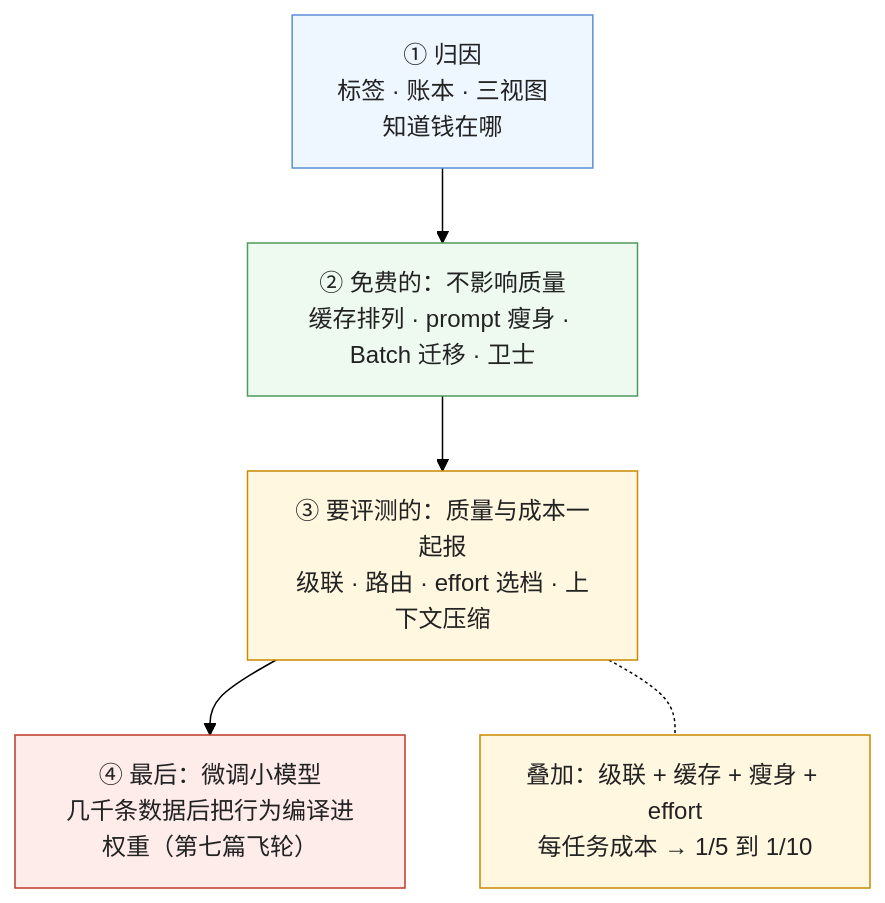
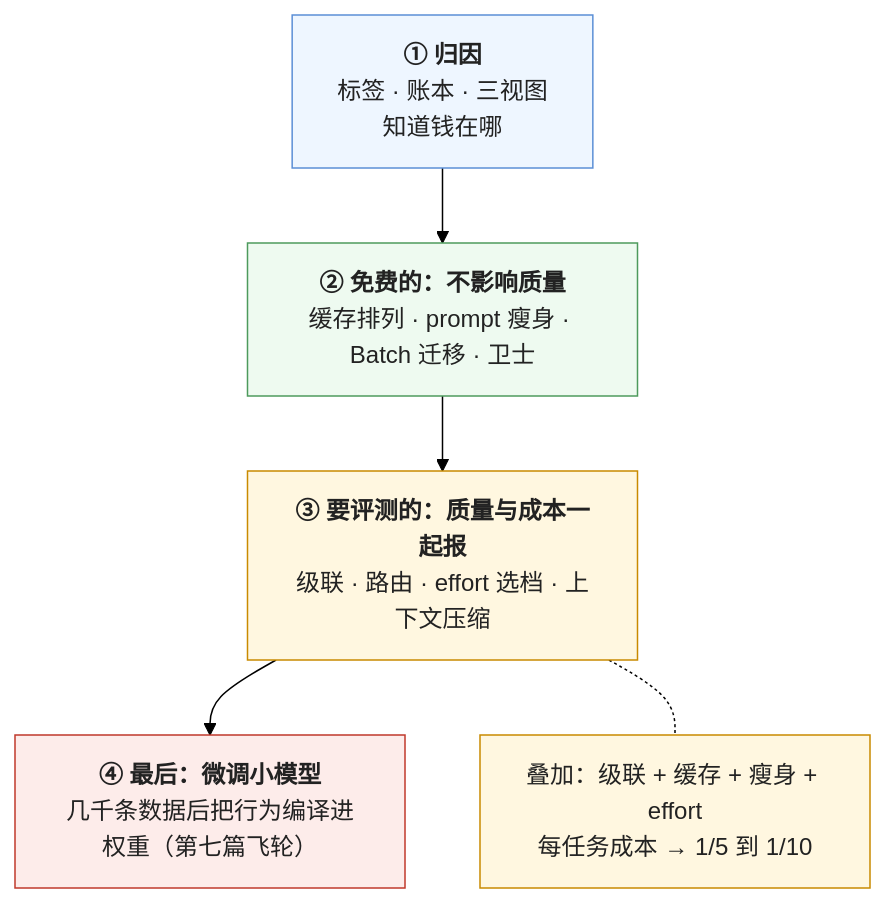
Before and after one commit to arganzheng/arganzheng.github.com: the fifth of 6 diagrams in _posts/2026-11-09-cost-engineering-from-the-bill-to-cost-per-task.md, drawn with Mermaid (forest theme). The commit also changed other lines of this file and 7 other files, not shown here.

First line of the commit message:
生产化与运营：让 AI 应用可靠、可控、可持续地跑：Mermaid 多行方框的首行标为标题（8 篇）

````diff
--- a/_posts/2026-11-09-cost-engineering-from-the-bill-to-cost-per-task.md
+++ b/_posts/2026-11-09-cost-engineering-from-the-bill-to-cost-per-task.md
@@ -161,16 +161,16 @@
 ```mermaid
 %% 图：手段的顺序——先归因知道钱在哪；先做不影响质量的四件（缓存排列、prompt 瘦身、Batch 迁移、卫士）；再做要在评测集上量质量的四件（级联、路由、effort 选档、压缩）；最后几千条数据积累后才考虑微调小模型把行为编译进权重；叠加后每任务成本常降到 1/5–1/10
 flowchart TB
-    A["① 归因<br/>标签 · 账本 · 三视图<br/>知道钱在哪"] --> B["② 免费的：不影响质量<br/>缓存排列 · prompt 瘦身 · Batch 迁移 · 卫士"]
-    B --> C["③ 要评测的：质量与成本一起报<br/>级联 · 路由 · effort 选档 · 上下文压缩"]
-    C --> D["④ 最后：微调小模型<br/>几千条数据后把行为编译进权重（第七篇飞轮）"]
+    A["<b>① 归因</b><br/>标签 · 账本 · 三视图<br/>知道钱在哪"] --> B["<b>② 免费的：不影响质量</b><br/>缓存排列 · prompt 瘦身 · Batch 迁移 · 卫士"]
+    B --> C["<b>③ 要评测的：质量与成本一起报</b><br/>级联 · 路由 · effort 选档 · 上下文压缩"]
+    C --> D["<b>④ 最后：微调小模型</b><br/>几千条数据后把行为编译进权重（第七篇飞轮）"]
     C -.- N["叠加：级联 + 缓存 + 瘦身 + effort<br/>每任务成本 → 1/5 到 1/10"]
     classDef a fill:#eef6ff,stroke:#5b8fd6,color:#222
     classDef b fill:#eefaf0,stroke:#4d9a5c,color:#222
     classDef c fill:#fff7e0,stroke:#c98a00,color:#222
     classDef d fill:#fdecea,stroke:#c0392b,color:#222
     class A a
     class B b
     class C,N c
     class D d
 ```
````
